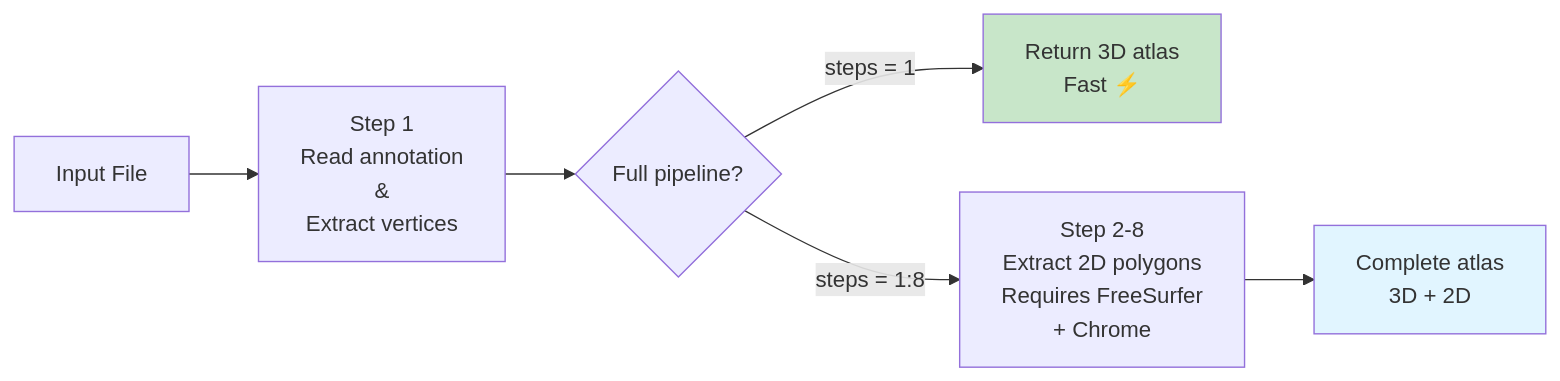
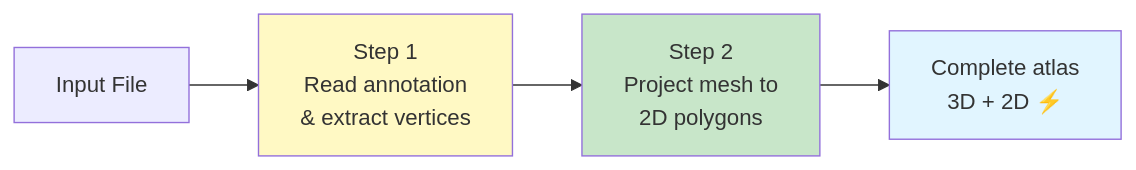
The second of 5 diagrams in articles/atlas-workflows.md (ggsegverse/ggseg.extra), drawn with Mermaid before and after one commit. The commit also changed other lines of this file and 105 other files, not shown here.

````diff
--- a/articles/atlas-workflows.md
+++ b/articles/atlas-workflows.md
@@ -76,11 +67,10 @@
 ``` mermaid
 flowchart LR
-    A[Input File] --> B["Step 1<br/>Read annotation<br/>&<br/>Extract vertices"]
-    B --> C{Full pipeline?}
-    C -->|steps = 1| D[Return 3D atlas<br/>Fast ⚡]
-    C -->|steps = 1:8| E["Step 2-8<br/>Extract 2D polygons<br/>Requires FreeSurfer<br/>+ Chrome"]
-    E --> F[Complete atlas<br/>3D + 2D]
+    A[Input File] --> S1["Step 1<br/>Read annotation<br/>& extract vertices"]
+    S1 --> S2["Step 2<br/>Project mesh to<br/>2D polygons"]
+    S2 --> F[Complete atlas<br/>3D + 2D ⚡]
 
-    style D fill:#c8e6c9
+    style S1 fill:#fff9c4
+    style S2 fill:#c8e6c9
     style F fill:#e1f5ff
 ```
````
